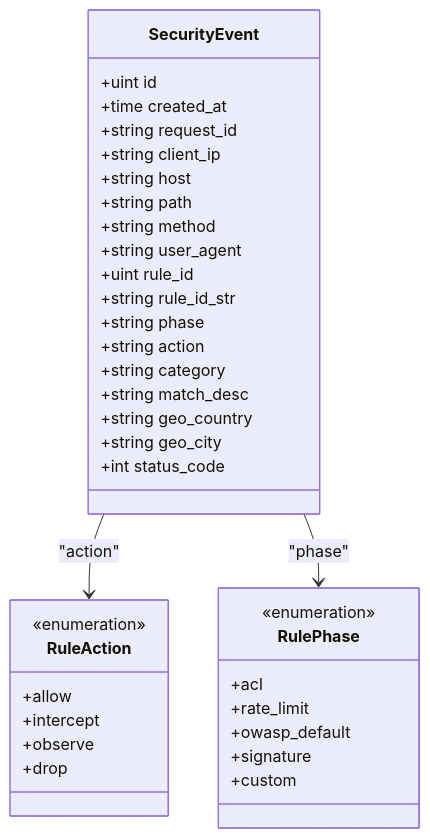
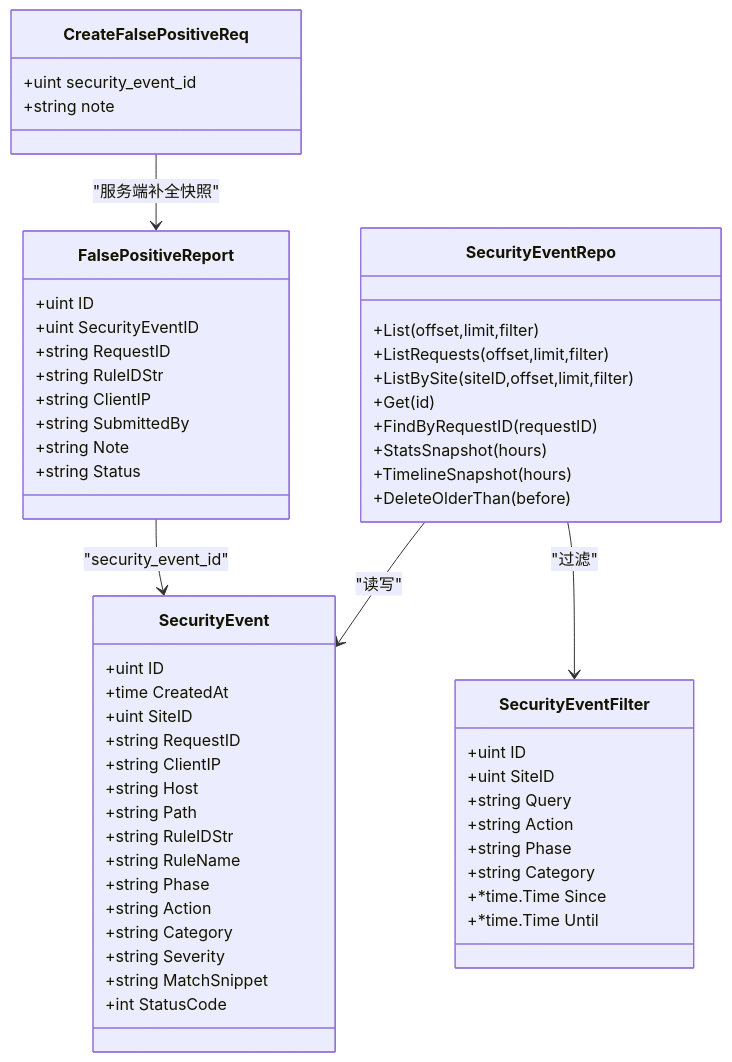
The second of 6 diagrams in docs/管理 API 系统/安全事件 API.md (x01n/My-OpenWaf), drawn with Mermaid before and after one commit. The commit also changed other lines of this file and 622 other files, not shown here.

````diff
--- a/docs/管理 API 系统/安全事件 API.md
+++ b/docs/管理 API 系统/安全事件 API.md
@@ -108,39 +124,58 @@
 ```mermaid
 classDiagram
 class SecurityEvent {
-+uint id
-+time created_at
-+string request_id
-+string client_ip
-+string host
-+string path
-+string method
-+string user_agent
-+uint rule_id
-+string rule_id_str
-+string phase
-+string action
-+string category
-+string match_desc
-+string geo_country
-+string geo_city
-+int status_code
++uint ID
++time CreatedAt
++uint SiteID
++string RequestID
++string ClientIP
++string Host
++string Path
++string RuleIDStr
++string RuleName
++string Phase
++string Action
++string Category
++string Severity
++string MatchSnippet
++int StatusCode
 }
-class RuleAction {
-<<enumeration>>
-+allow
-+intercept
-+observe
-+drop
+class SecurityEventFilter {
++uint ID
++uint SiteID
++string Query
++string Action
++string Phase
++string Category
++*time.Time Since
++*time.Time Until
 }
-class RulePhase {
-<<enumeration>>
-+acl
-+rate_limit
-+owasp_default
-+signature
-+custom
+class SecurityEventRepo {
++List(offset,limit,filter)
++ListRequests(offset,limit,filter)
++ListBySite(siteID,offset,limit,filter)
++Get(id)
++FindByRequestID(requestID)
++StatsSnapshot(hours)
++TimelineSnapshot(hours)
++DeleteOlderThan(before)
 }
-SecurityEvent --> RuleAction : "action"
-SecurityEvent --> RulePhase : "phase"
+class FalsePositiveReport {
++uint ID
++uint SecurityEventID
++string RequestID
++string RuleIDStr
++string ClientIP
++string SubmittedBy
++string Note
++string Status
+}
+class CreateFalsePositiveReq {
++uint security_event_id
++string note
+}
+SecurityEventRepo --> SecurityEvent : "读写"
+SecurityEventRepo --> SecurityEventFilter : "过滤"
+CreateFalsePositiveReq --> FalsePositiveReport : "服务端补全快照"
+FalsePositiveReport --> SecurityEvent : "security_event_id"
 ```
````
